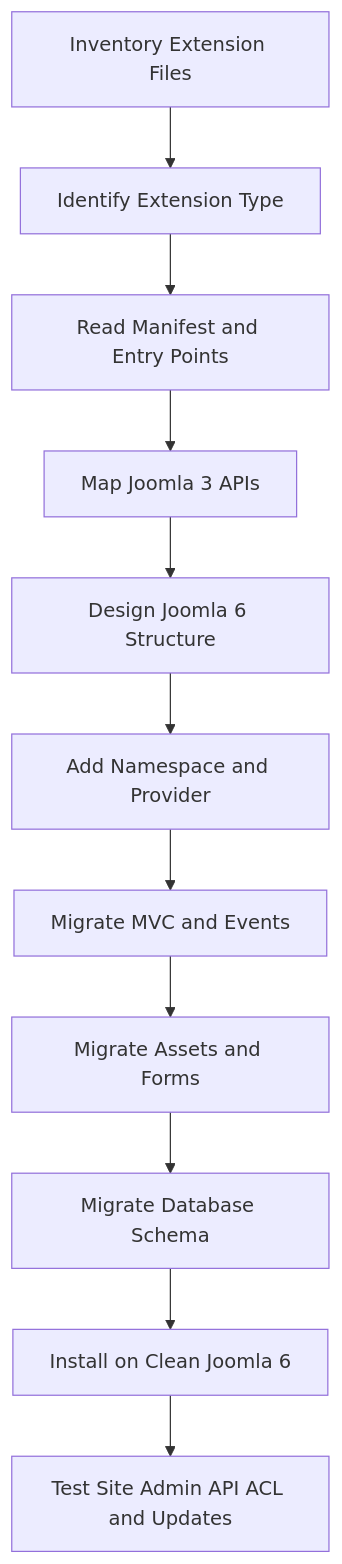
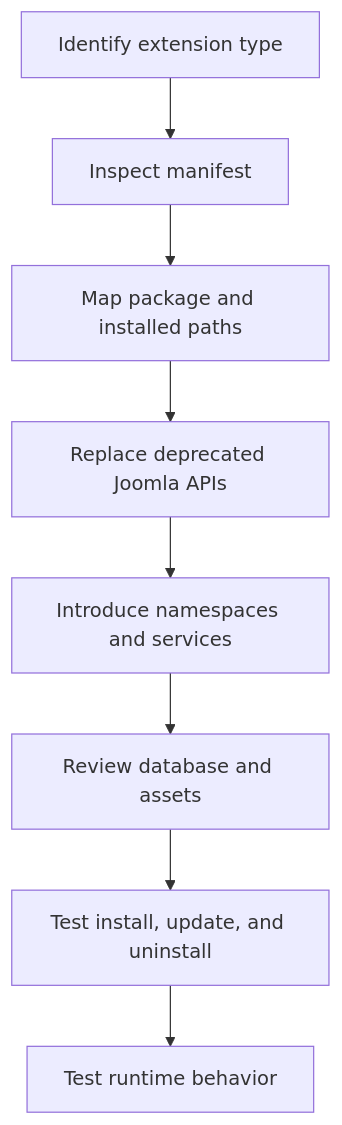
One commit to duyduyly/php-notebook changed the second of 2 diagrams in docs/joomla/learning/extensions/joomla-6-extension-structure.md. Above: the diagram before and after it, drawn with Mermaid. The commit also changed other lines of this file, not shown here.

Commit message:
Restructure Joomla 6 extension guide by extension type

````diff
--- a/docs/joomla/learning/extensions/joomla-6-extension-structure.md
+++ b/docs/joomla/learning/extensions/joomla-6-extension-structure.md
@@ -1826,13 +879,10 @@
 ```mermaid
 flowchart TD
-    A[Inventory Extension Files] --> B[Identify Extension Type]
-    B --> C[Read Manifest and Entry Points]
-    C --> D[Map Joomla 3 APIs]
-    D --> E[Design Joomla 6 Structure]
-    E --> F[Add Namespace and Provider]
-    F --> G[Migrate MVC and Events]
-    G --> H[Migrate Assets and Forms]
-    H --> I[Migrate Database Schema]
-    I --> J[Install on Clean Joomla 6]
-    J --> K[Test Site Admin API ACL and Updates]
+    A[Identify extension type] --> B[Inspect manifest]
+    B --> C[Map package and installed paths]
+    C --> D[Replace deprecated Joomla APIs]
+    D --> E[Introduce namespaces and services]
+    E --> F[Review database and assets]
+    F --> G[Test install, update, and uninstall]
+    G --> H[Test runtime behavior]
 ```
````
